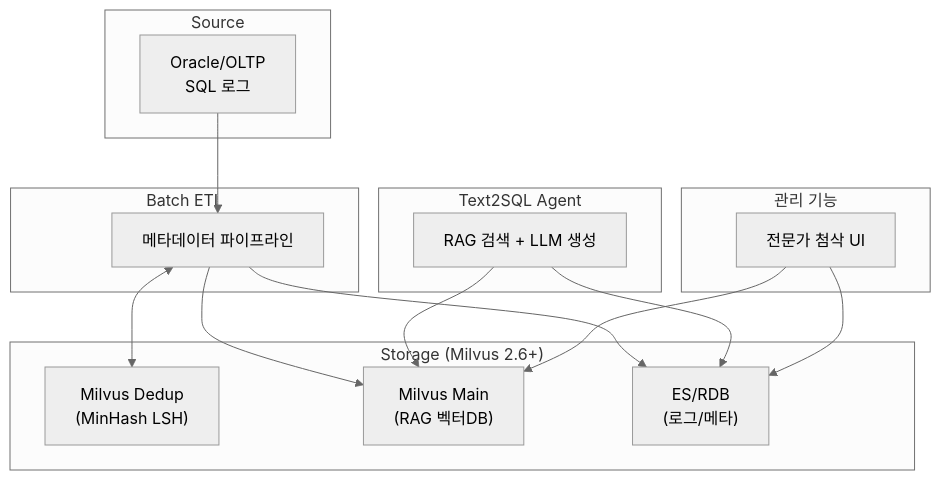
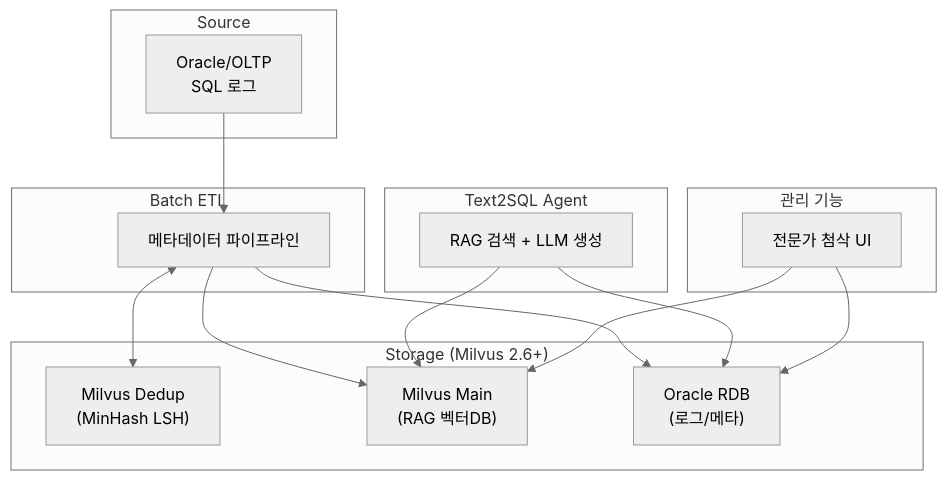
The first of 6 diagrams in docs/pipeline_design_draft.md (shadowik/text2sql_pipeline), drawn with Mermaid (neutral theme) before and after one commit. The commit also changed other lines of this file, not shown here.

````diff
--- a/docs/pipeline_design_draft.md
+++ b/docs/pipeline_design_draft.md
@@ -38,33 +38,33 @@
 ```mermaid
 flowchart TD
     subgraph Source[" Source"]
         OLTPDB["Oracle/OLTP<br/>SQL 로그"]
     end
 
     subgraph Batch[" Batch ETL"]
         ETL["메타데이터 파이프라인"]
     end
 
     subgraph Storage[" Storage (Milvus 2.6+)"]
         M_DEDUP["Milvus Dedup<br/>(MinHash LSH)"]
         M_MAIN["Milvus Main<br/>(RAG 벡터DB)"]
-        META_DB["ES/RDB<br/>(로그/메타)"]
+        META_DB["Oracle RDB<br/>(로그/메타)"]
     end
 
     subgraph Agent[" Text2SQL Agent"]
         RAG["RAG 검색 + LLM 생성"]
     end
 
     subgraph Admin[" 관리 기능"]
         ADMIN_UI["전문가 첨삭 UI"]
     end
 
     OLTPDB --> ETL
     ETL <--> M_DEDUP
     ETL --> M_MAIN
     ETL --> META_DB
     RAG --> M_MAIN
     RAG --> META_DB
     ADMIN_UI --> M_MAIN
     ADMIN_UI --> META_DB
 ```
````
